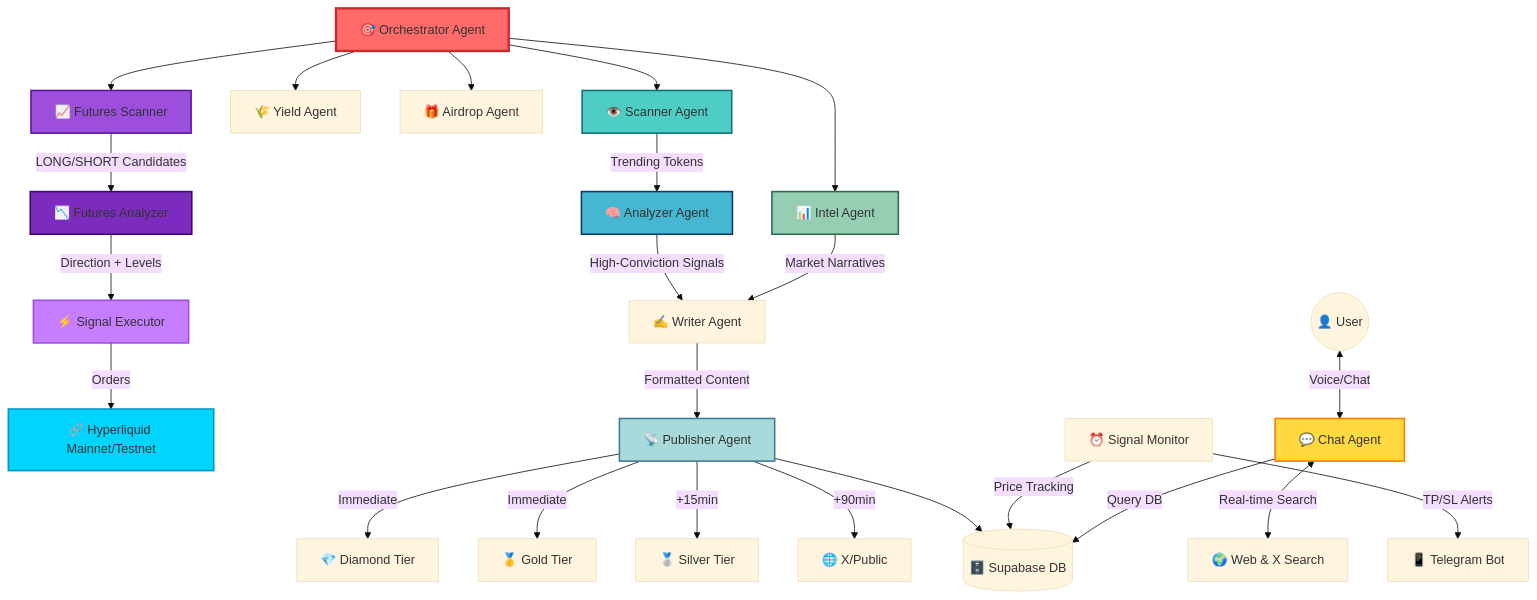
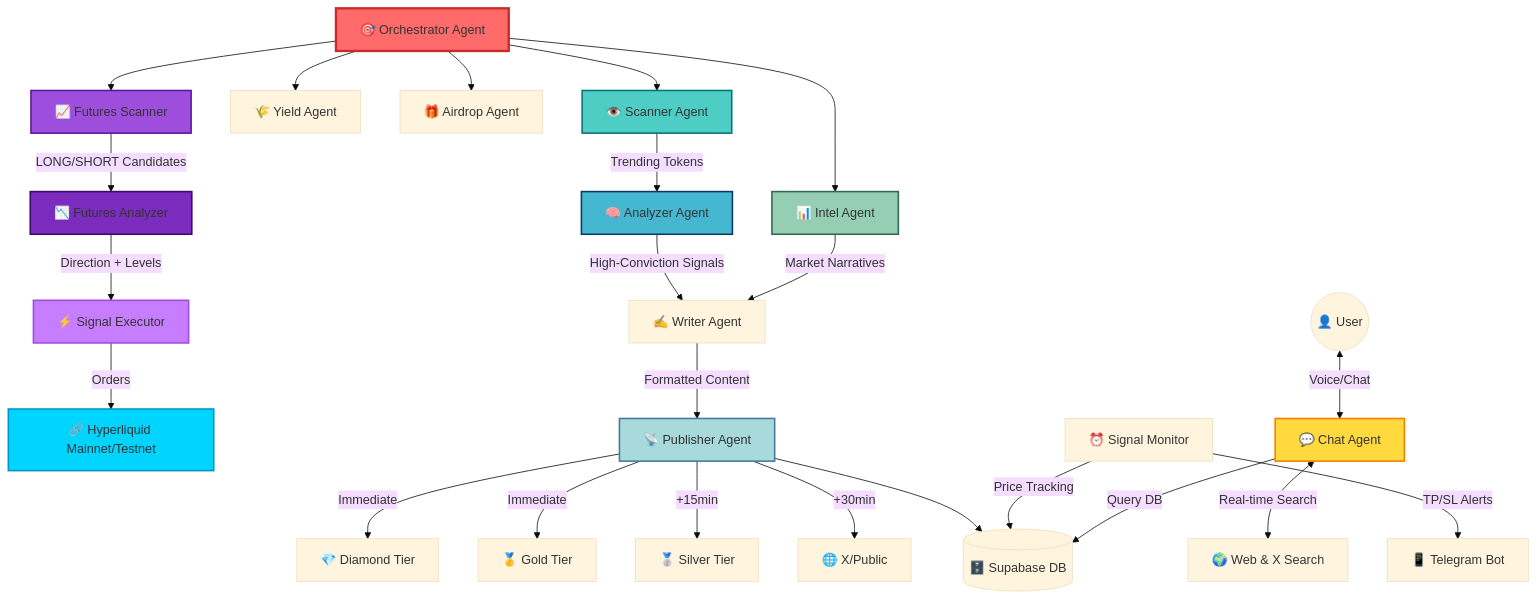
One commit to zaikaman/RogueAgent changed the diagram in README.md. Above: the diagram before and after it, drawn with Mermaid (base theme). The commit also changed other lines of this file and 15 other files, not shown here.

````diff
--- a/README.md
+++ b/README.md
@@ -106,41 +107,41 @@
 ```mermaid
 graph TD
     Orchestrator[🎯 Orchestrator Agent] --> Scanner[👁️ Scanner Agent]
     Orchestrator --> Intel[📊 Intel Agent]
     Orchestrator --> Yield[🌾 Yield Agent]
     Orchestrator --> Airdrop[🎁 Airdrop Agent]
     Orchestrator --> FuturesScanner[📈 Futures Scanner]
     
     Scanner -->|Trending Tokens| Analyzer[🧠 Analyzer Agent]
     Analyzer -->|High-Conviction Signals| Writer[✍️ Writer Agent]
     Intel -->|Market Narratives| Writer
     
     FuturesScanner -->|LONG/SHORT Candidates| FuturesAnalyzer[📉 Futures Analyzer]
     FuturesAnalyzer -->|Direction + Levels| FuturesExecutor[⚡ Signal Executor]
     FuturesExecutor -->|Orders| Hyperliquid[🔗 Hyperliquid Mainnet/Testnet]
     
     Writer -->|Formatted Content| Publisher[📡 Publisher Agent]
     Publisher -->|Immediate| Diamond[💎 Diamond Tier]
     Publisher -->|Immediate| Gold[🥇 Gold Tier]
     Publisher -->|+15min| Silver[🥈 Silver Tier]
-    Publisher -->|+90min| Public[🌐 X/Public]
+    Publisher -->|+30min| Public[🌐 X/Public]
     Publisher --> DB[(🗄️ Supabase DB)]
     
     Monitor[⏰ Signal Monitor] -->|Price Tracking| DB
     Monitor -->|TP/SL Alerts| Telegram[📱 Telegram Bot]
     
     User((👤 User)) <-->|Voice/Chat| ChatAgent[💬 Chat Agent]
     ChatAgent <-->|Real-time Search| Web[🌍 Web & X Search]
     ChatAgent -->|Query DB| DB
     
     style Orchestrator fill:#ff6b6b,stroke:#c92a2a,stroke-width:3px
     style Scanner fill:#4ecdc4,stroke:#0d7377,stroke-width:2px
     style Analyzer fill:#45b7d1,stroke:#0d3b66,stroke-width:2px
     style Intel fill:#96ceb4,stroke:#2d6a4f,stroke-width:2px
     style ChatAgent fill:#ffd93d,stroke:#f77f00,stroke-width:2px
     style Publisher fill:#a8dadc,stroke:#457b9d,stroke-width:2px
     style FuturesScanner fill:#9d4edd,stroke:#5a189a,stroke-width:2px
     style FuturesAnalyzer fill:#7b2cbf,stroke:#3c096c,stroke-width:2px
     style FuturesExecutor fill:#c77dff,stroke:#9d4edd,stroke-width:2px
     style Hyperliquid fill:#00d4ff,stroke:#0096c7,stroke-width:2px
 ```
````
